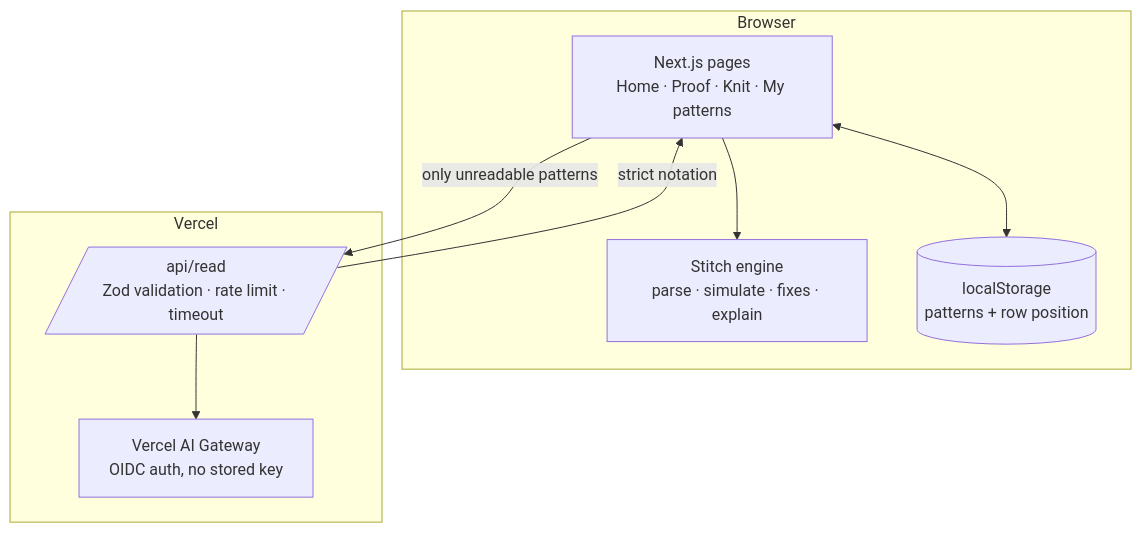
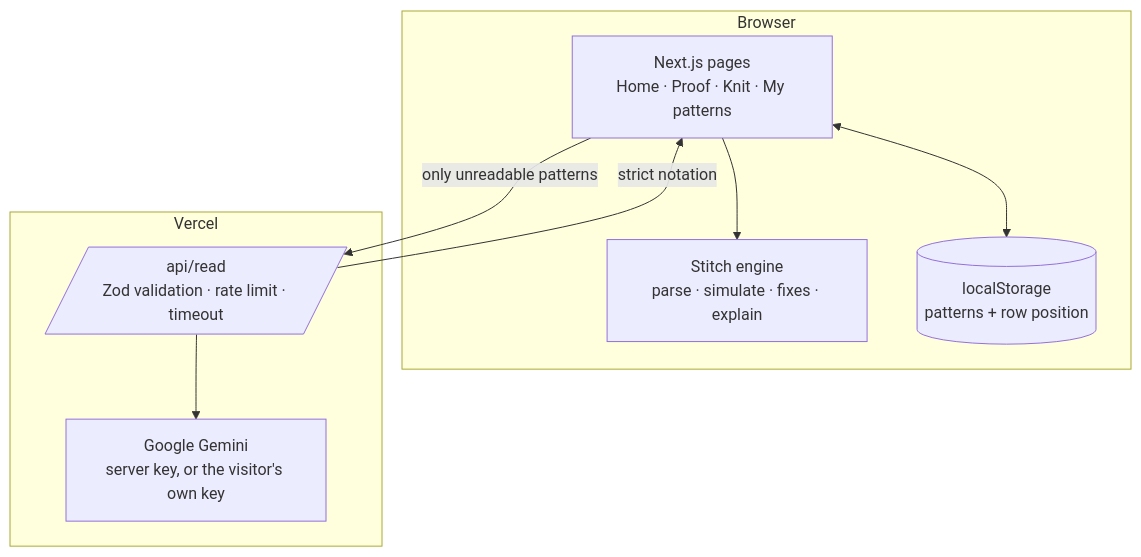
The second of 2 diagrams in README.md (adeelfalaksher900-creator/stitchproof), drawn with Mermaid before and after one commit. The commit also changed other lines of this file and 6 other files, not shown here.

````diff
--- a/README.md
+++ b/README.md
@@ -68,16 +70,16 @@
 ```mermaid
 flowchart TB
   subgraph Browser
     UI[Next.js pages<br/>Home · Proof · Knit · My patterns]
     ENG[Stitch engine<br/>parse · simulate · fixes · explain]
     LS[(localStorage<br/>patterns + row position)]
     UI --> ENG
     UI <--> LS
   end
   subgraph Vercel
     API[/api/read<br/>Zod validation · rate limit · timeout/]
-    GW[Vercel AI Gateway<br/>OIDC auth, no stored key]
+    GW[Google Gemini<br/>server key, or the visitor's own key]
   end
   UI -- only unreadable patterns --> API --> GW
   API -- strict notation --> UI
 ```
````
